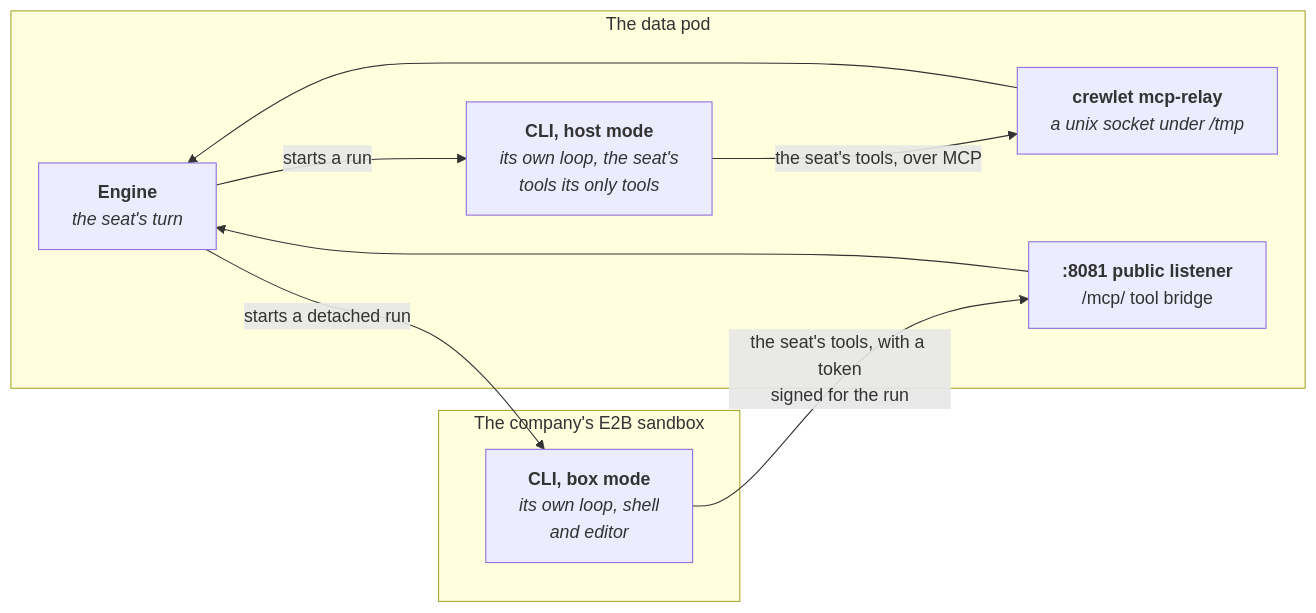
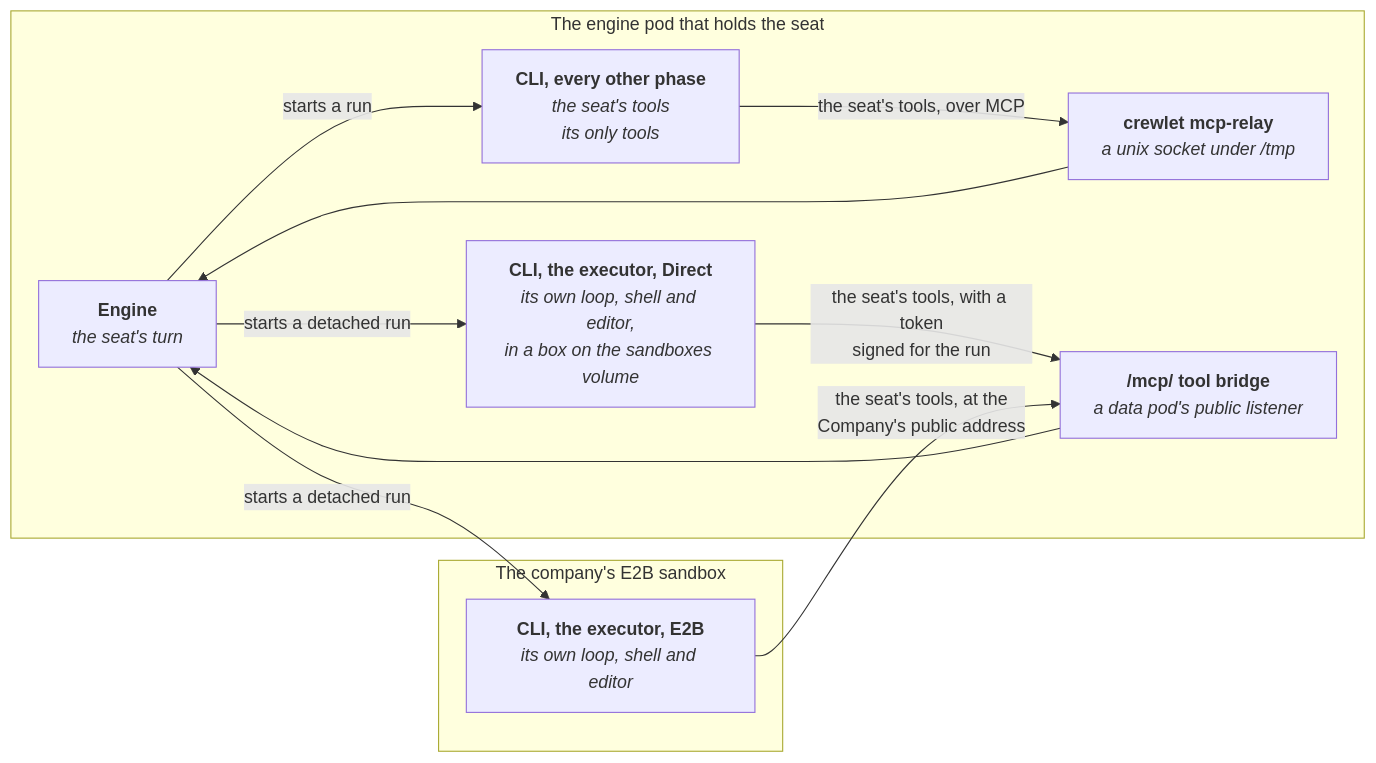
One commit to crewlet/crewlet-operator changed the diagram in docs/guides/cli-agents.md. Above: the diagram before and after it, drawn with Mermaid. The commit also changed other lines of this file and 118 other files, not shown here.

````diff
--- a/docs/guides/cli-agents.md
+++ b/docs/guides/cli-agents.md
@@ -541,18 +531,21 @@
 ```mermaid
 flowchart LR
-    subgraph pod["The data pod"]
+    subgraph pod["The engine pod that holds the seat"]
         ENG["<b>Engine</b><br/><i>the seat's turn</i>"]
-        HOST["<b>CLI, host mode</b><br/><i>its own loop, the seat's<br/>tools its only tools</i>"]
+        HOST["<b>CLI, every other phase</b><br/><i>the seat's tools<br/>its only tools</i>"]
         RELAY["<b>crewlet mcp-relay</b><br/><i>a unix socket under /tmp</i>"]
-        PUB["<b>:8081 public listener</b><br/>/mcp/ tool bridge"]
+        DIRECT["<b>CLI, the executor, Direct</b><br/><i>its own loop, shell and editor,<br/>in a box on the sandboxes volume</i>"]
+        PUB["<b>/mcp/ tool bridge</b><br/><i>a data pod's public listener</i>"]
     end
     subgraph box["The company's E2B sandbox"]
-        BOX["<b>CLI, box mode</b><br/><i>its own loop, shell<br/>and editor</i>"]
+        E2B["<b>CLI, the executor, E2B</b><br/><i>its own loop, shell and editor</i>"]
     end
     ENG -->|"starts a run"| HOST
     HOST -->|"the seat's tools, over MCP"| RELAY
     RELAY --> ENG
-    ENG -->|"starts a detached run"| BOX
-    BOX -->|"the seat's tools, with a token<br/>signed for the run"| PUB
+    ENG -->|"starts a detached run"| DIRECT
+    ENG -->|"starts a detached run"| E2B
+    DIRECT -->|"the seat's tools, with a token<br/>signed for the run"| PUB
+    E2B -->|"the seat's tools, at the<br/>Company's public address"| PUB
     PUB --> ENG
 ```
````
